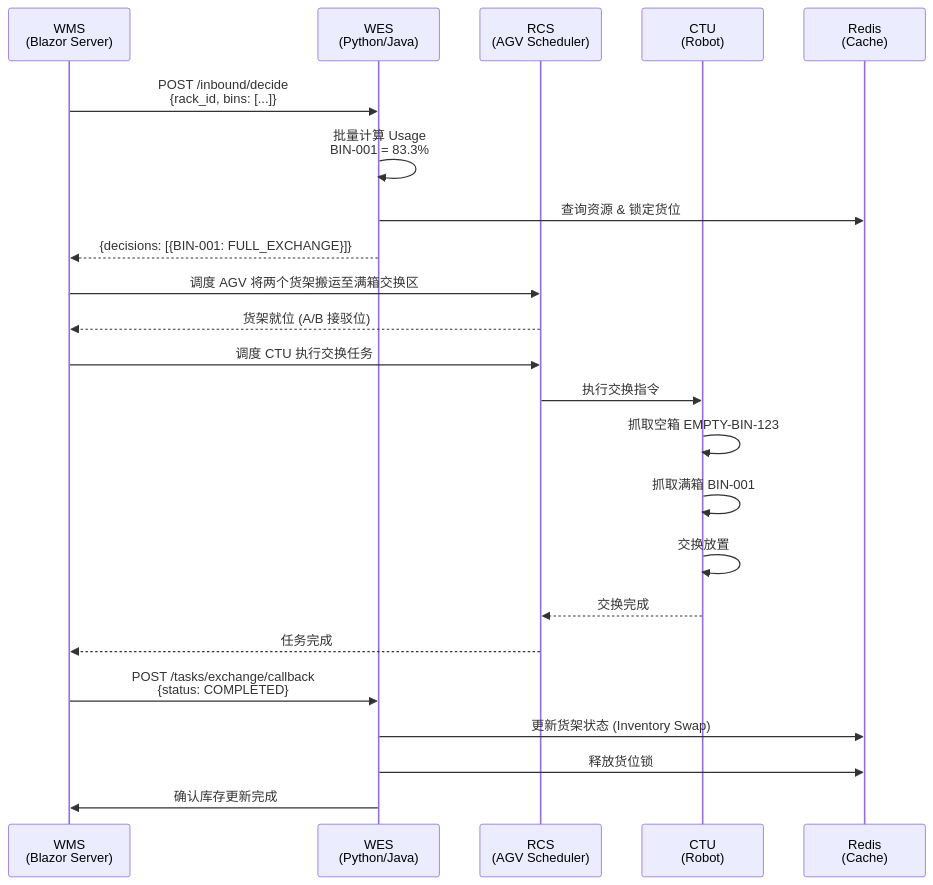
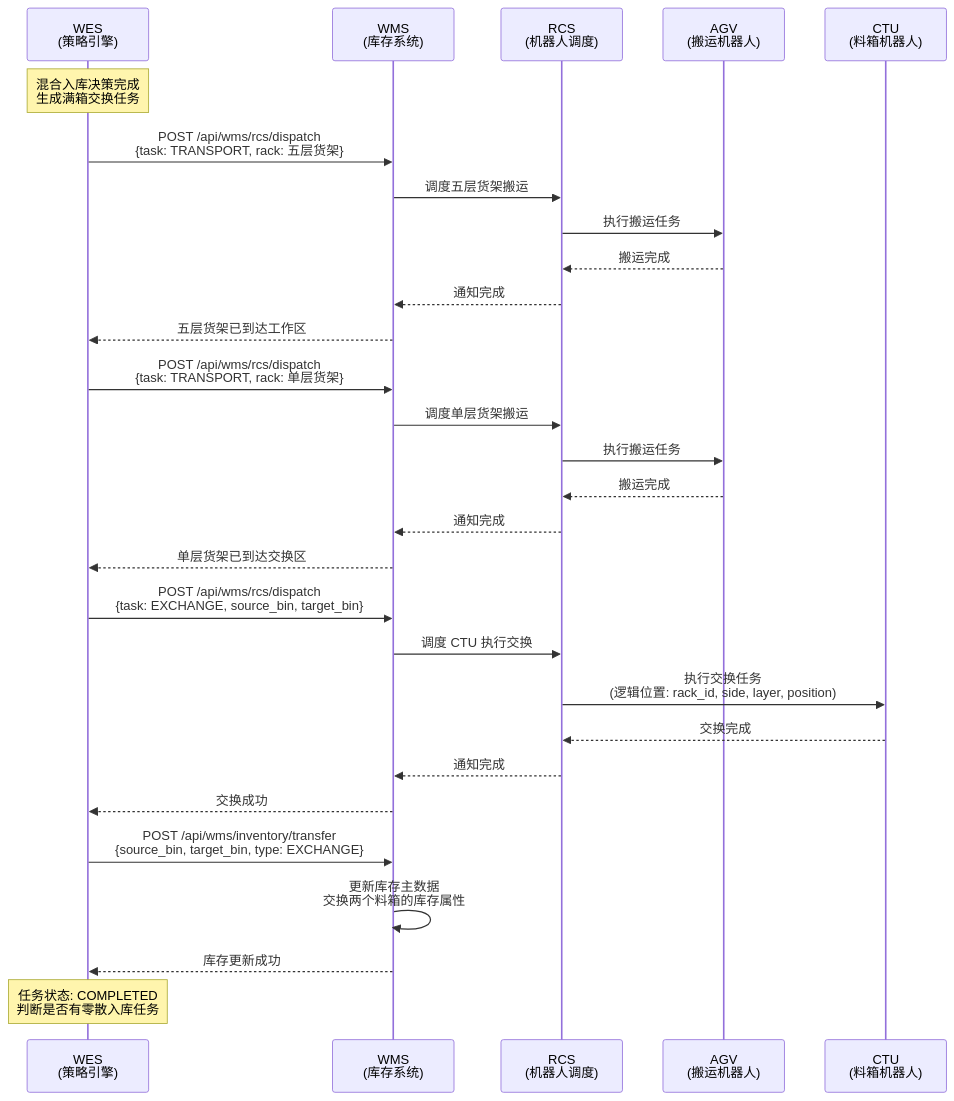
The third of 9 diagrams in docs/design/3.3.2-hybrid-inbound-strategy.md (kaizhoumasha/fxn_wms), drawn with Mermaid before and after one commit. The commit also changed other lines of this file and 2 other files, not shown here.

````diff
--- a/docs/design/3.3.2-hybrid-inbound-strategy.md
+++ b/docs/design/3.3.2-hybrid-inbound-strategy.md
@@ -792,29 +871,41 @@
 ```mermaid
 sequenceDiagram
-    participant WMS as WMS<br/>(Blazor Server)
-    participant WES as WES<br/>(Python/Java)
-    participant RCS as RCS<br/>(AGV Scheduler)
-    participant CTU as CTU<br/>(Robot)
-    participant Redis as Redis<br/>(Cache)
+    participant WES as WES<br/>(策略引擎)
+    participant WMS as WMS<br/>(库存系统)
+    participant RCS as RCS<br/>(机器人调度)
+    participant AGV as AGV<br/>(搬运机器人)
+    participant CTU as CTU<br/>(料箱机器人)
 
-    WMS->>WES: POST /inbound/decide<br/>{rack_id, bins: [...]}
-    WES->>WES: 批量计算 Usage<br/>BIN-001 = 83.3%
-    WES->>Redis: 查询资源 & 锁定货位
-    WES-->>WMS: {decisions: [{BIN-001: FULL_EXCHANGE}]}
+    Note over WES: 混合入库决策完成<br/>生成满箱交换任务
 
-    WMS->>RCS: 调度 AGV 将两个货架搬运至满箱交换区
-    RCS-->>WMS: 货架就位 (A/B 接驳位)
+    %% 五层货架调度
+    WES->>WMS: POST /api/wms/rcs/dispatch<br/>{task: TRANSPORT, rack: 五层货架}
+    WMS->>RCS: 调度五层货架搬运
+    RCS->>AGV: 执行搬运任务
+    AGV-->>RCS: 搬运完成
+    RCS-->>WMS: 通知完成
+    WMS-->>WES: 五层货架已到达工作区
 
-    WMS->>RCS: 调度 CTU 执行交换任务
-    RCS->>CTU: 执行交换指令
-    CTU->>CTU: 抓取空箱 EMPTY-BIN-123
-    CTU->>CTU: 抓取满箱 BIN-001
-    CTU->>CTU: 交换放置
+    %% 单层货架搬运
+    WES->>WMS: POST /api/wms/rcs/dispatch<br/>{task: TRANSPORT, rack: 单层货架}
+    WMS->>RCS: 调度单层货架搬运
+    RCS->>AGV: 执行搬运任务
+    AGV-->>RCS: 搬运完成
+    RCS-->>WMS: 通知完成
+    WMS-->>WES: 单层货架已到达交换区
+
+    %% CTU 执行交换
+    WES->>WMS: POST /api/wms/rcs/dispatch<br/>{task: EXCHANGE, source_bin, target_bin}
+    WMS->>RCS: 调度 CTU 执行交换
+    RCS->>CTU: 执行交换任务<br/>(逻辑位置: rack_id, side, layer, position)
     CTU-->>RCS: 交换完成
-    RCS-->>WMS: 任务完成
+    RCS-->>WMS: 通知完成
+    WMS-->>WES: 交换成功
 
-    WMS->>WES: POST /tasks/exchange/callback<br/>{status: COMPLETED}
-    WES->>Redis: 更新货架状态 (Inventory Swap)
-    WES->>Redis: 释放货位锁
-    WES->>WMS: 确认库存更新完成
+    %% 库存更新
+    WES->>WMS: POST /api/wms/inventory/transfer<br/>{source_bin, target_bin, type: EXCHANGE}
+    WMS->>WMS: 更新库存主数据<br/>交换两个料箱的库存属性
+    WMS-->>WES: 库存更新成功
+
+    Note over WES: 任务状态: COMPLETED<br/>判断是否有零散入库任务
 ```
````
